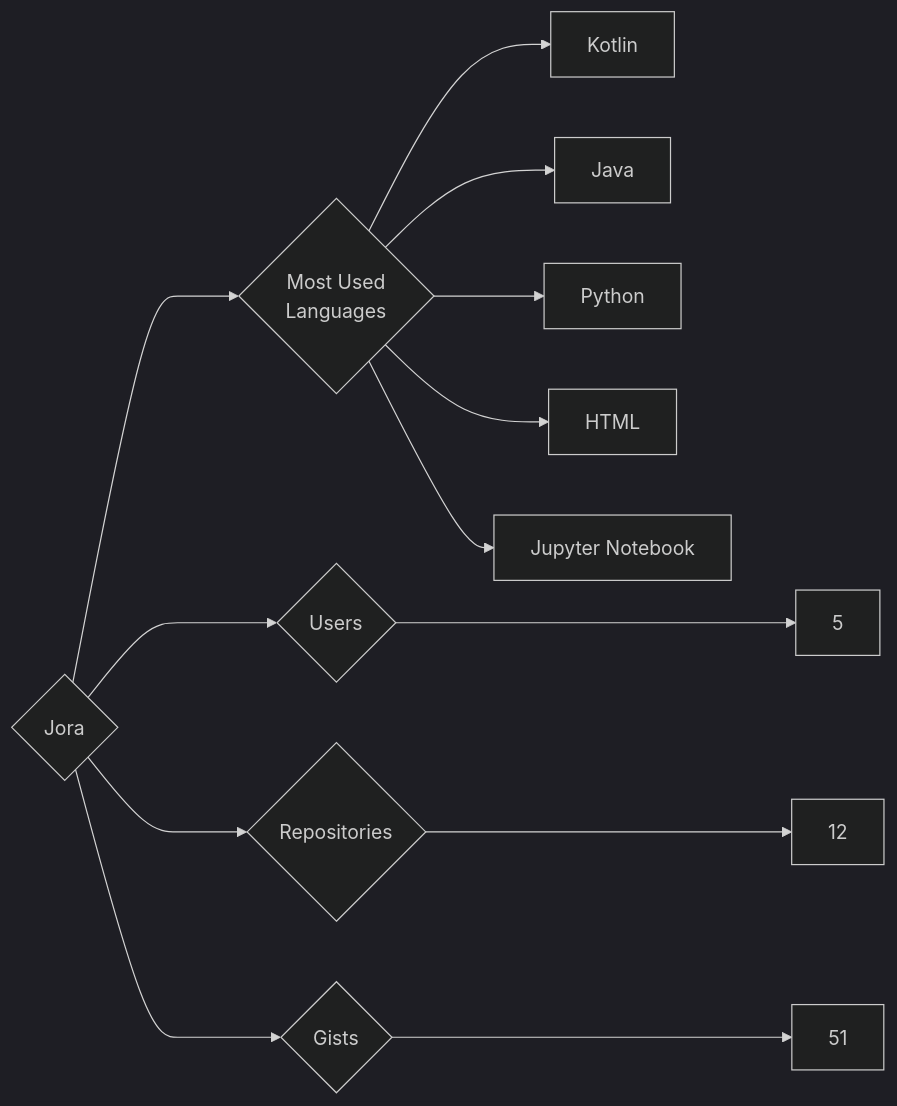
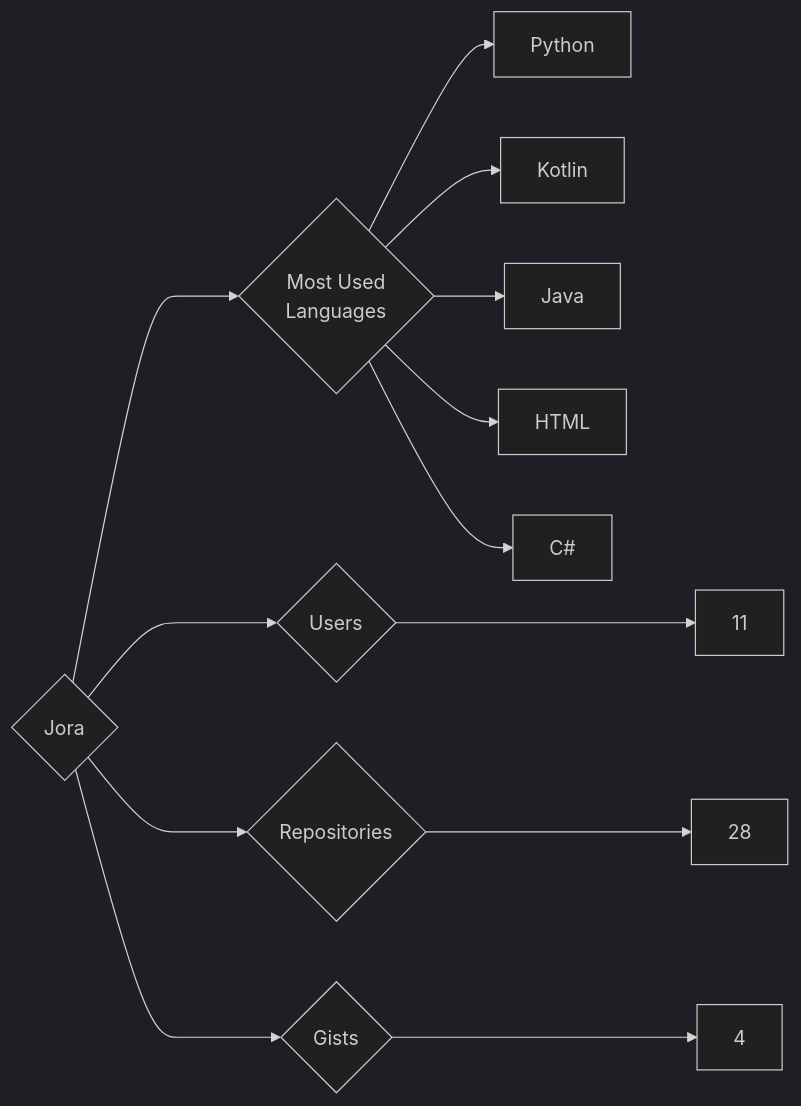
The diagram in targets/Jora/README.md (trickest/insiders), drawn with Mermaid (dark theme) before and after one commit. The commit also changed 594 other files, not shown here.

````diff
--- a/targets/Jora/README.md
+++ b/targets/Jora/README.md
@@ -3,13 +3,13 @@
 ```mermaid
 graph LR
 COMPANY_NAME{Jora}
-COMPANY_NAME ---> U{Users} ---> UN[5]
-COMPANY_NAME ---> R{Repositories} ---> RN[12]
-COMPANY_NAME ---> G{Gists} ---> GN[51]
+COMPANY_NAME ---> U{Users} ---> UN[11]
+COMPANY_NAME ---> R{Repositories} ---> RN[28]
+COMPANY_NAME ---> G{Gists} ---> GN[4]
 COMPANY_NAME ---> ML{Most Used<br>Languages}
+ML --> Python[Python]
 ML --> Kotlin[Kotlin]
 ML --> Java[Java]
-ML --> Python[Python]
 ML --> HTML[HTML]
-ML --> Jupyter_Notebook[Jupyter Notebook]
+ML --> C#[C#]
 ```
````
